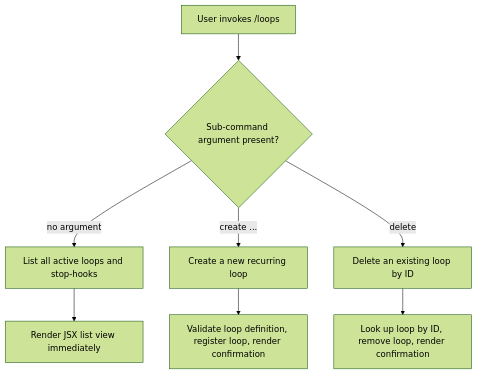
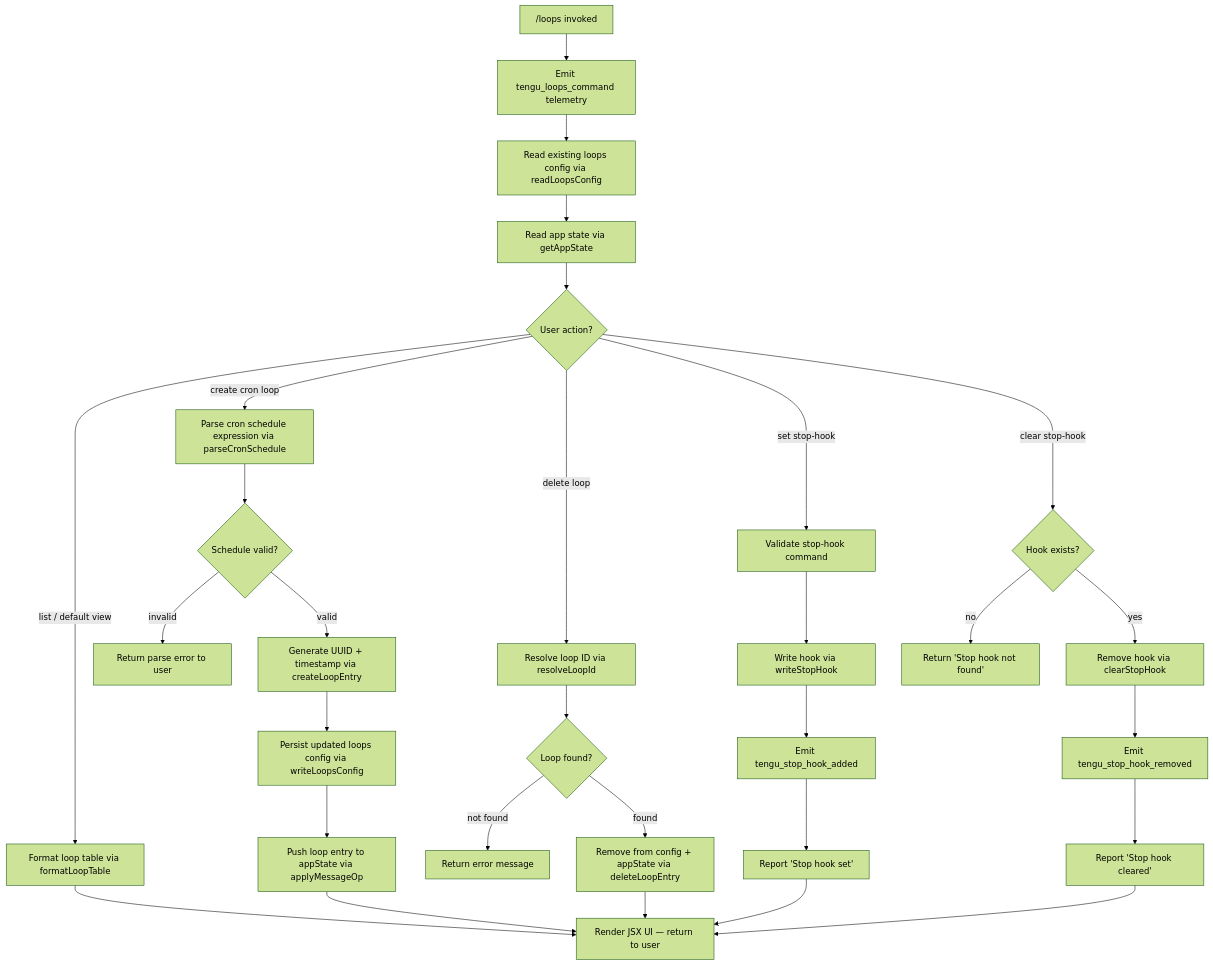
One commit to MyLittleLuckyDog/cc-gnothi changed the diagram in versions/v2.1.146/loops.md. Above: the diagram before and after it, drawn with Mermaid (forest theme). The commit also changed other lines of this file and 496 other files, not shown here.

First line of the commit message:
feat(docs): Sub-phase 2A — v2.1.146~v2.1.150 via batch-cached.sh

````diff
--- a/versions/v2.1.146/loops.md
+++ b/versions/v2.1.146/loops.md
@@ -47,10 +55,37 @@
 ```mermaid
 flowchart TD
-    A[User invokes /loops] --> B{Sub-command argument present?}
-    B -- "no argument" --> C[List all active loops and stop-hooks]
-    B -- "create ..." --> D[Create a new recurring loop]
-    B -- "delete <id>" --> E[Delete an existing loop by ID]
-    C --> F[Render JSX list view immediately]
-    D --> G[Validate loop definition, register loop, render confirmation]
-    E --> H[Look up loop by ID, remove loop, render confirmation]
+    A["/loops invoked"] --> B[Emit tengu_loops_command telemetry]
+    B --> C[Read existing loops config via readLoopsConfig]
+    C --> D[Read app state via getAppState]
+    D --> E{User action?}
+
+    E -->|list / default view| F[Format loop table via formatLoopTable]
+    F --> G[Render JSX UI — return to user]
+
+    E -->|create cron loop| H[Parse cron schedule expression via parseCronSchedule]
+    H --> I{Schedule valid?}
+    I -->|invalid| J[Return parse error to user]
+    I -->|valid| K[Generate UUID + timestamp via createLoopEntry]
+    K --> L[Persist updated loops config via writeLoopsConfig]
+    L --> M[Push loop entry to appState via applyMessageOp]
+    M --> G
+
+    E -->|delete loop| N[Resolve loop ID via resolveLoopId]
+    N --> O{Loop found?}
+    O -->|not found| P[Return error message]
+    O -->|found| Q[Remove from config + appState via deleteLoopEntry]
+    Q --> G
+
+    E -->|set stop-hook| R[Validate stop-hook command]
+    R --> S[Write hook via writeStopHook]
+    S --> T[Emit tengu_stop_hook_added]
+    T --> U[Report 'Stop hook set']
+    U --> G
+
+    E -->|clear stop-hook| V{Hook exists?}
+    V -->|no| W[Return 'Stop hook not found']
+    V -->|yes| X[Remove hook via clearStopHook]
+    X --> Y[Emit tengu_stop_hook_removed]
+    Y --> Z[Report 'Stop hook cleared']
+    Z --> G
 ```
````
